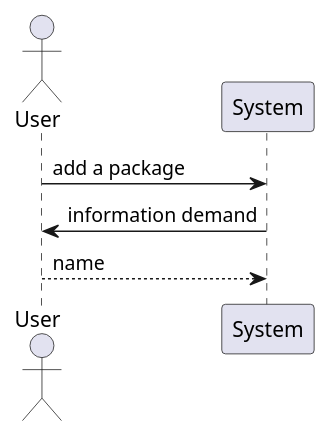
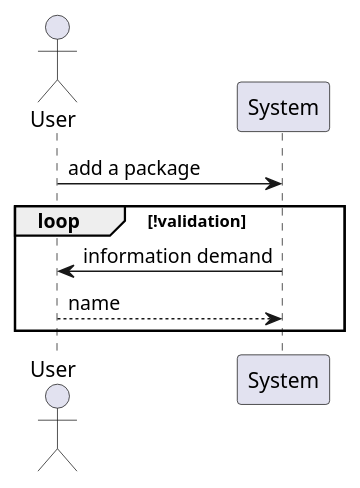
The diagram in src/com/github/tomap/uml/system/sequence/managePackages.puml (Phalexei/Modeleur), drawn with PlantUML before and after one commit. The commit also changed 8 other files, not shown here.

Commit message:
Améliorations sur les diagrammes de séquence Ajout des diagrammes de séquences pour le digramme d'objet

```diff
--- a/src/com/github/tomap/uml/system/sequence/managePackages.puml
+++ b/src/com/github/tomap/uml/system/sequence/managePackages.puml
@@ -1,8 +1,10 @@
 @startuml
     actor User as u
     participant System as s
 
     u -> s: add a package
-    s -> u: information demand
-    u --> s: name
+    loop !validation
+        s -> u: information demand
+        u --> s: name
+    end
 @enduml
```
